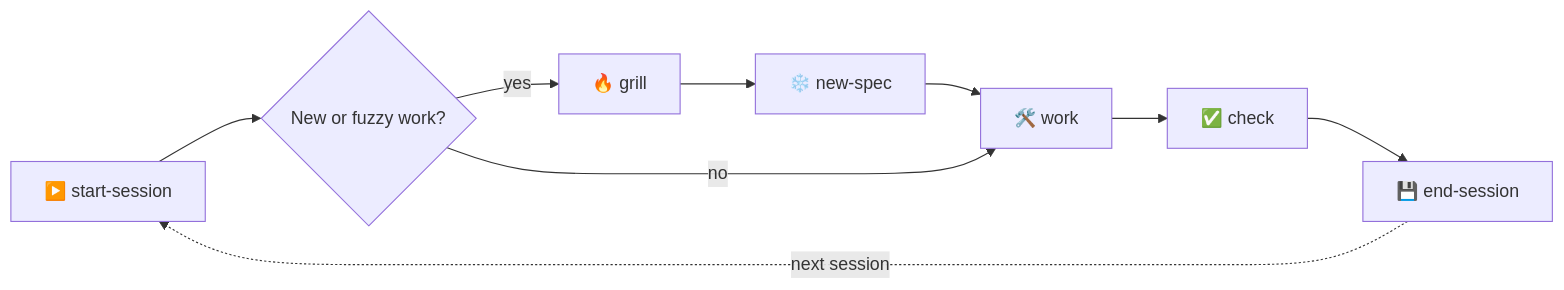
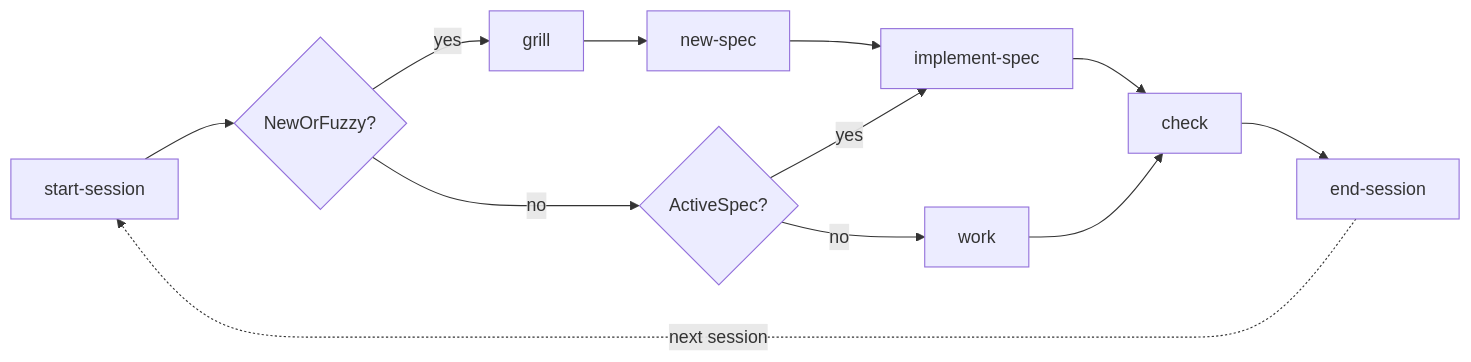
Before and after one commit to renatoxm/leanagentkit: the diagram in template/LEAN_AGENT_KIT_GUIDE.md, drawn with Mermaid. The commit also changed other lines of this file and 9 other files, not shown here.

````diff
--- a/template/LEAN_AGENT_KIT_GUIDE.md
+++ b/template/LEAN_AGENT_KIT_GUIDE.md
@@ -168,11 +168,14 @@
 ```mermaid
 flowchart LR
-    A[▶️ start-session] --> B{New or fuzzy work?}
-    B -- yes --> C[🔥 grill]
-    C --> D[❄️ new-spec]
-    D --> E[🛠️ work]
-    B -- no --> E
-    E --> F[✅ check]
-    F --> G[💾 end-session]
-    G -. next session .-> A
+    A[start-session] --> B{NewOrFuzzy?}
+    B -- yes --> C[grill]
+    C --> D[new-spec]
+    D --> E[implement-spec]
+    E --> F[check]
+    B -- no --> G{ActiveSpec?}
+    G -- yes --> E
+    G -- no --> H[work]
+    H --> F
+    F --> I[end-session]
+    I -. next session .-> A
 ```
````
